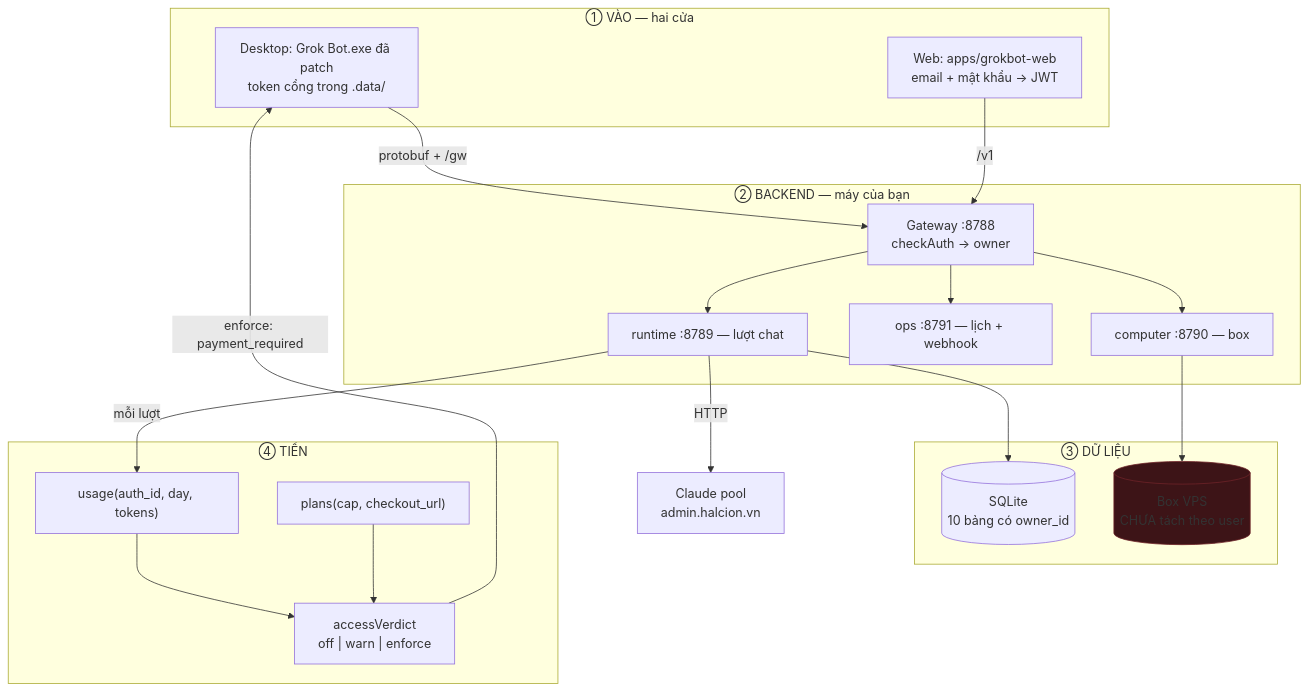
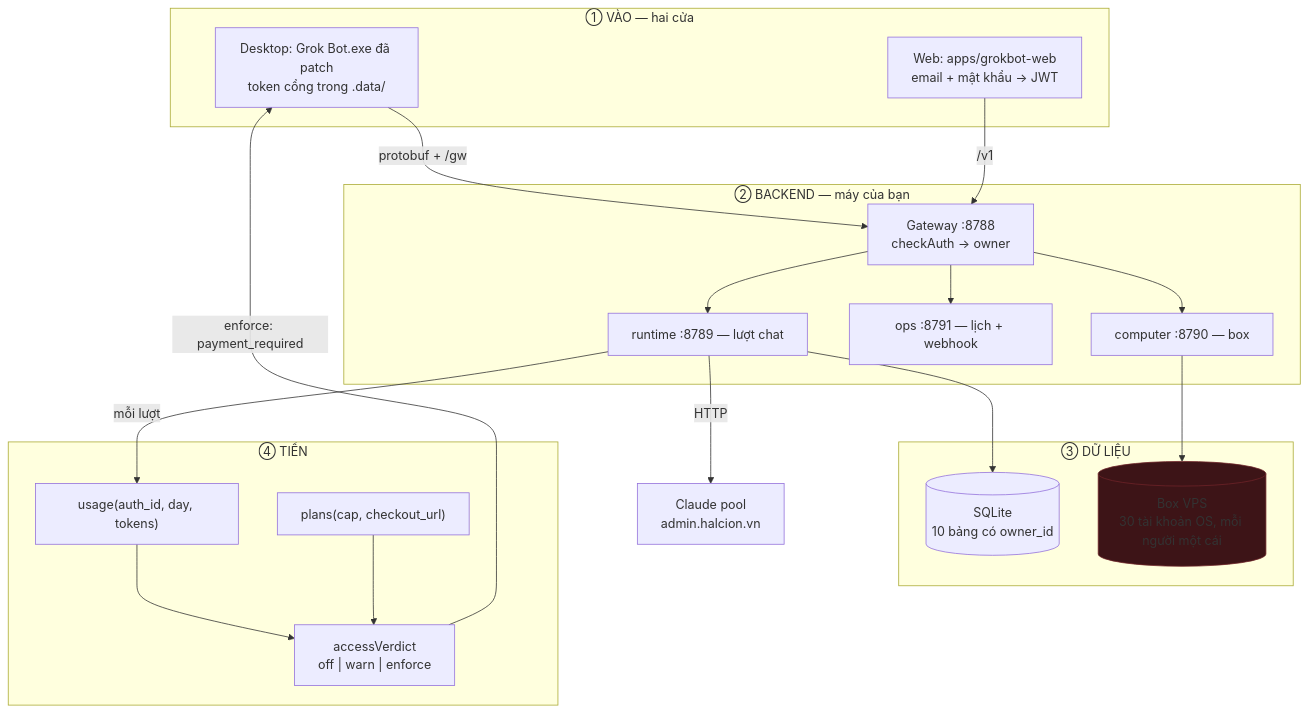
Before and after one commit to ThoughtyGift/grokbot2: the first of 6 diagrams in docs/plan/ship-to-users.md, drawn with Mermaid. The commit also changed 6 other files, not shown here.

````diff
--- a/docs/plan/ship-to-users.md
+++ b/docs/plan/ship-to-users.md
@@ -58,33 +58,33 @@
 ```mermaid
 flowchart TB
   subgraph A["① VÀO — hai cửa"]
     D["Desktop: Grok Bot.exe đã patch<br/>token cổng trong .data/"]
     W["Web: apps/grokbot-web<br/>email + mật khẩu → JWT"]
   end
   subgraph B["② BACKEND — máy của bạn"]
     G["Gateway :8788<br/>checkAuth → owner"]
     RT["runtime :8789 — lượt chat"]
     OPS["ops :8791 — lịch + webhook"]
     CU["computer :8790 — box"]
   end
   subgraph C["③ DỮ LIỆU"]
     DB[("SQLite<br/>10 bảng có owner_id")]
-    BOX[("Box VPS<br/>CHƯA tách theo user")]
+    BOX[("Box VPS<br/>30 tài khoản OS, mỗi người một cái")]
   end
   subgraph M["④ TIỀN"]
     U["usage(auth_id, day, tokens)"]
     P["plans(cap, checkout_url)"]
     GATE["accessVerdict<br/>off | warn | enforce"]
   end
   D -->|"protobuf + /gw"| G
   W -->|"/v1"| G
   G --> RT & OPS & CU
   RT --> DB
   CU --> BOX
   RT -->|"mỗi lượt"| U
   U --> GATE
   P --> GATE
   GATE -->|"enforce: payment_required"| D
   RT -->|"HTTP"| POOL["Claude pool<br/>admin.halcion.vn"]
   style BOX fill:#3d1417,stroke:#6e2329
 ```
````
